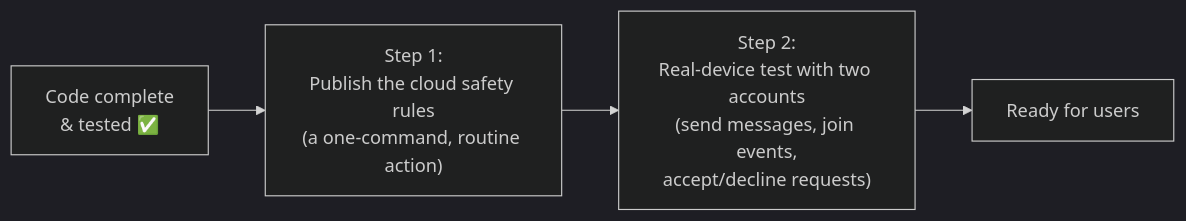
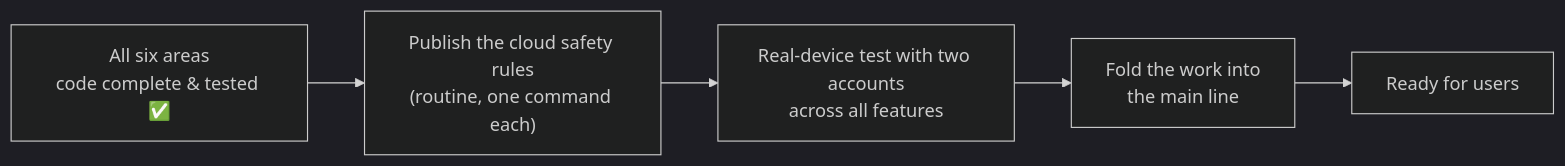
Before and after one commit to Deepesh-Katudia/the-third-space: the eighth of 8 diagrams in docs/FOUNDER-PROGRESS-REPORT.md, drawn with Mermaid (dark theme). The commit also changed other lines of this file, not shown here.

Commit message:
docs: update founder progress report — Phase 2 (A-F) code-complete

````diff
--- a/docs/FOUNDER-PROGRESS-REPORT.md
+++ b/docs/FOUNDER-PROGRESS-REPORT.md
@@ -165,6 +175,7 @@
 ```mermaid
 flowchart LR
-    Built["Code complete<br/>& tested ✅"] --> Publish["Step 1:<br/>Publish the cloud safety rules<br/>(a one-command, routine action)"]
-    Publish --> Smoke["Step 2:<br/>Real-device test with two accounts<br/>(send messages, join events,<br/>accept/decline requests)"]
-    Smoke --> Ready["Ready for users"]
+    Built["All six areas<br/>code complete & tested ✅"] --> Rules["Publish the cloud safety rules<br/>(routine, one command each)"]
+    Rules --> Smoke["Real-device test with two accounts<br/>across all features"]
+    Smoke --> Merge["Fold the work into<br/>the main line"]
+    Merge --> Ready["Ready for users"]
 ```
````
